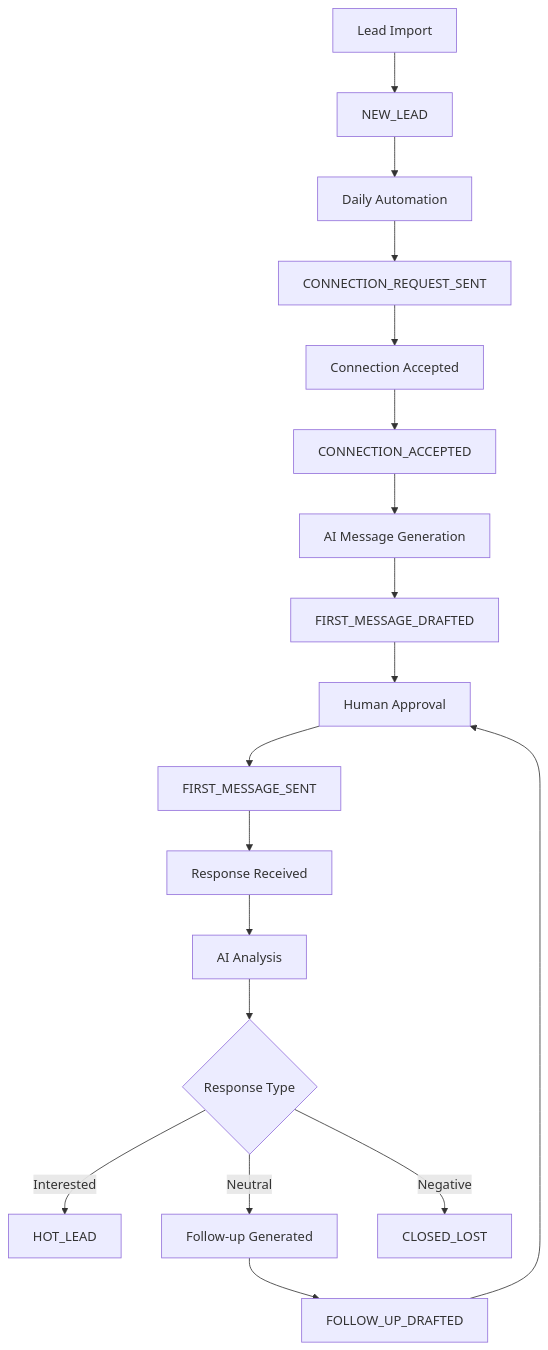
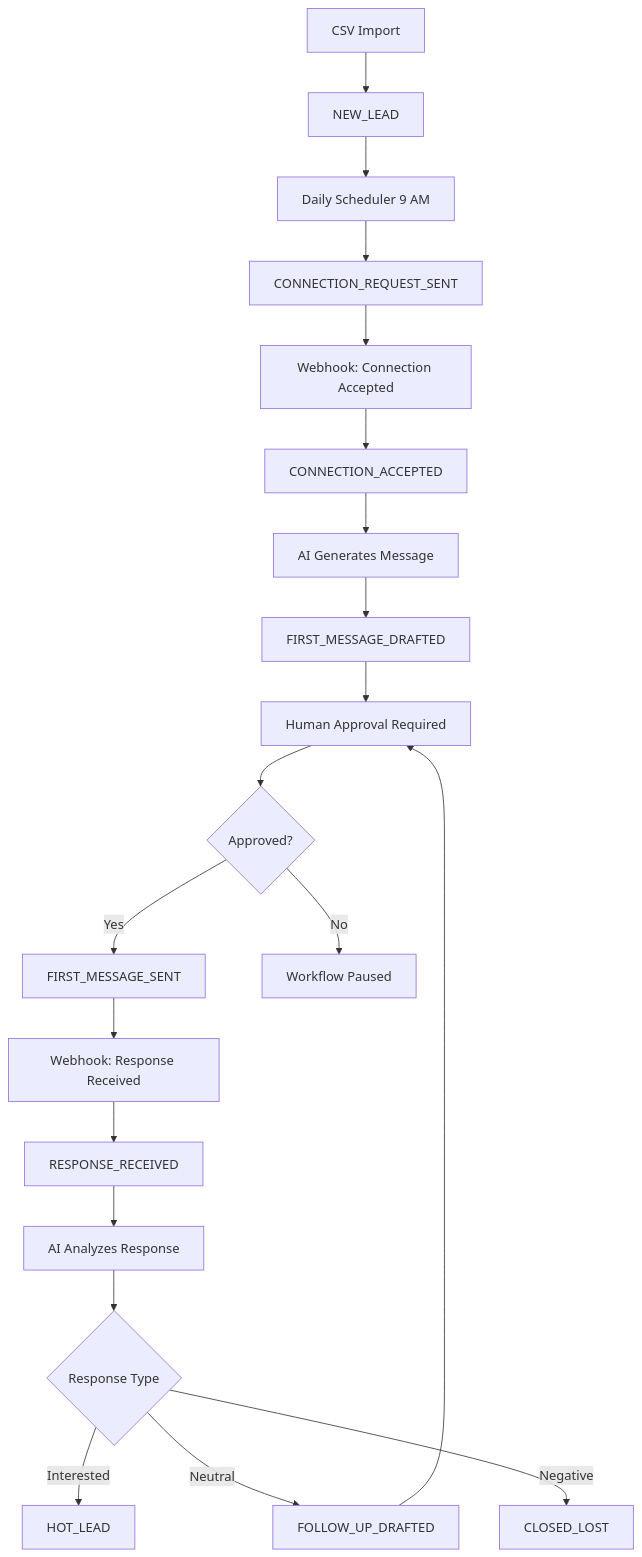
Before and after one commit to ben-herm/linkedin-automation: the diagram in README.md, drawn with Mermaid. The commit also changed other lines of this file, not shown here.

````diff
--- a/README.md
+++ b/README.md
@@ -100,20 +133,22 @@
 ```mermaid
 graph TD
-    A[Lead Import] --> B[NEW_LEAD]
-    B --> C[Daily Automation]
+    A[CSV Import] --> B[NEW_LEAD]
+    B --> C[Daily Scheduler 9 AM]
     C --> D[CONNECTION_REQUEST_SENT]
-    D --> E[Connection Accepted]
+    D --> E[Webhook: Connection Accepted]
     E --> F[CONNECTION_ACCEPTED]
-    F --> G[AI Message Generation]
+    F --> G[AI Generates Message]
     G --> H[FIRST_MESSAGE_DRAFTED]
-    H --> I[Human Approval]
-    I --> J[FIRST_MESSAGE_SENT]
-    J --> K[Response Received]
-    K --> L[AI Analysis]
-    L --> M{Response Type}
-    M -->|Interested| N[HOT_LEAD]
-    M -->|Neutral| O[Follow-up Generated]
-    M -->|Negative| P[CLOSED_LOST]
-    O --> Q[FOLLOW_UP_DRAFTED]
-    Q --> I
+    H --> I[Human Approval Required]
+    I --> J{Approved?}
+    J -->|Yes| K[FIRST_MESSAGE_SENT]
+    J -->|No| L[Workflow Paused]
+    K --> M[Webhook: Response Received]
+    M --> N[RESPONSE_RECEIVED]
+    N --> O[AI Analyzes Response]
+    O --> P{Response Type}
+    P -->|Interested| Q[HOT_LEAD]
+    P -->|Neutral| R[FOLLOW_UP_DRAFTED]
+    P -->|Negative| S[CLOSED_LOST]
+    R --> I
 ```
````
